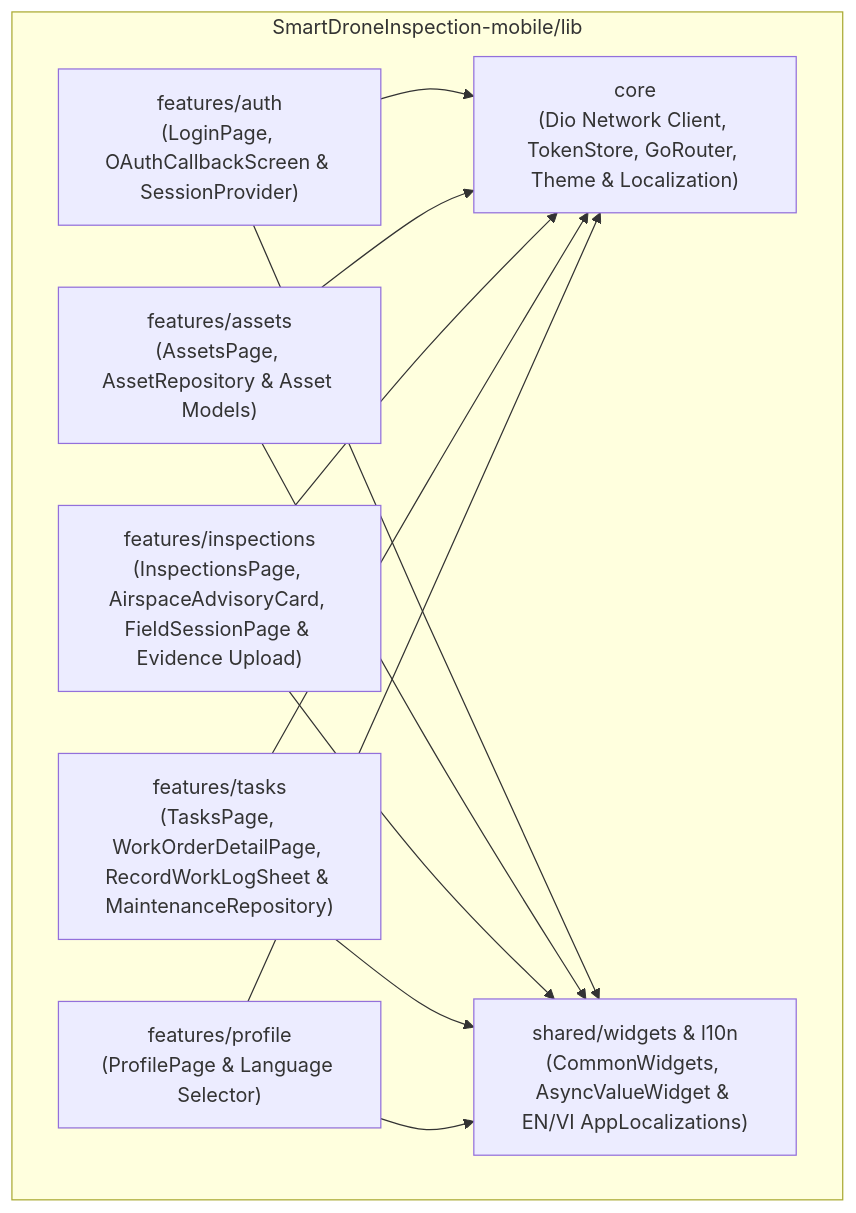
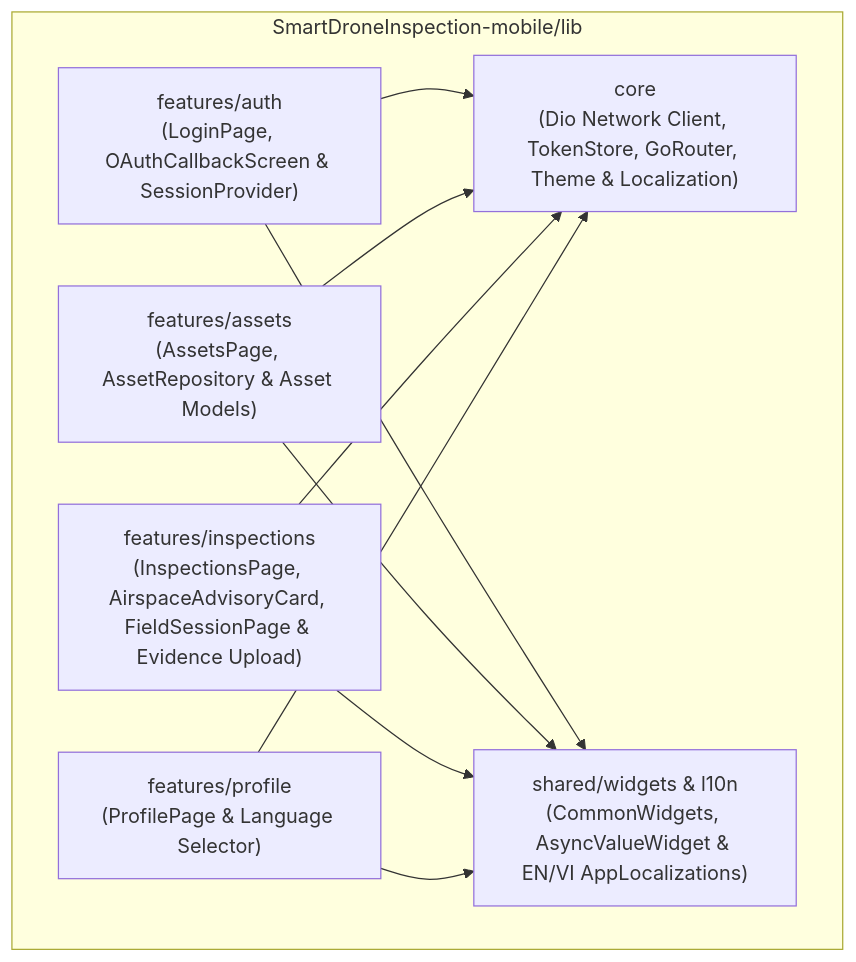
Before and after one commit to tungbach12/SmartDroneInspection-Docs: the fourth of 4 diagrams in reports/report-4-software-design-document/01-system-design.md, drawn with Mermaid. The commit also changed other lines of this file and 35 other files, not shown here.

````diff
--- a/reports/report-4-software-design-document/01-system-design.md
+++ b/reports/report-4-software-design-document/01-system-design.md
@@ -207,24 +195,21 @@
 ```mermaid
 %% title: Mobile Field Subsystem Package Diagram
 flowchart TD
   subgraph MobRoot["SmartDroneInspection-mobile/lib"]
     MOB_CORE["core\n(Dio Network Client, TokenStore, GoRouter, Theme & Localization)"]
     MOB_AUTH["features/auth\n(LoginPage, OAuthCallbackScreen & SessionProvider)"]
     MOB_ASSETS["features/assets\n(AssetsPage, AssetRepository & Asset Models)"]
     MOB_INSP["features/inspections\n(InspectionsPage, AirspaceAdvisoryCard, FieldSessionPage & Evidence Upload)"]
-    MOB_TASKS["features/tasks\n(TasksPage, WorkOrderDetailPage, RecordWorkLogSheet & MaintenanceRepository)"]
     MOB_PROFILE["features/profile\n(ProfilePage & Language Selector)"]
     MOB_SHARED["shared/widgets & l10n\n(CommonWidgets, AsyncValueWidget & EN/VI AppLocalizations)"]
   end
 
   MOB_AUTH --> MOB_CORE
   MOB_ASSETS --> MOB_CORE
   MOB_INSP --> MOB_CORE
-  MOB_TASKS --> MOB_CORE
   MOB_PROFILE --> MOB_CORE
   MOB_AUTH --> MOB_SHARED
   MOB_ASSETS --> MOB_SHARED
   MOB_INSP --> MOB_SHARED
-  MOB_TASKS --> MOB_SHARED
   MOB_PROFILE --> MOB_SHARED
 ```
````
